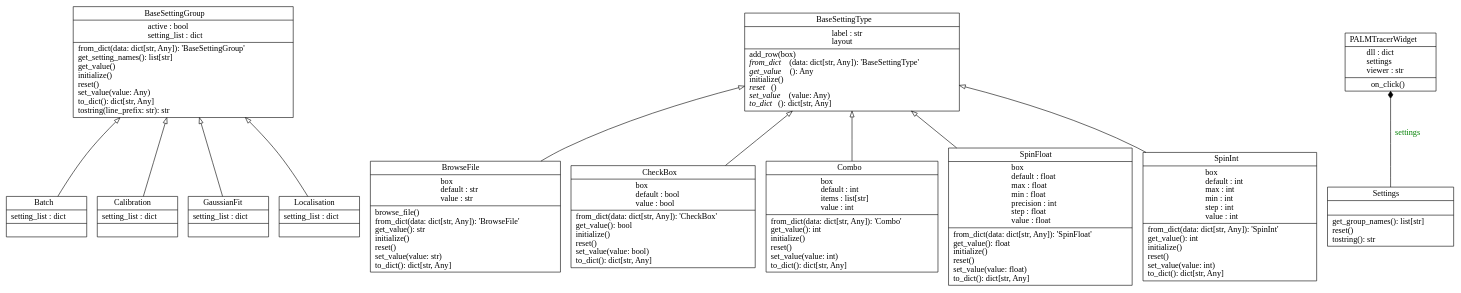
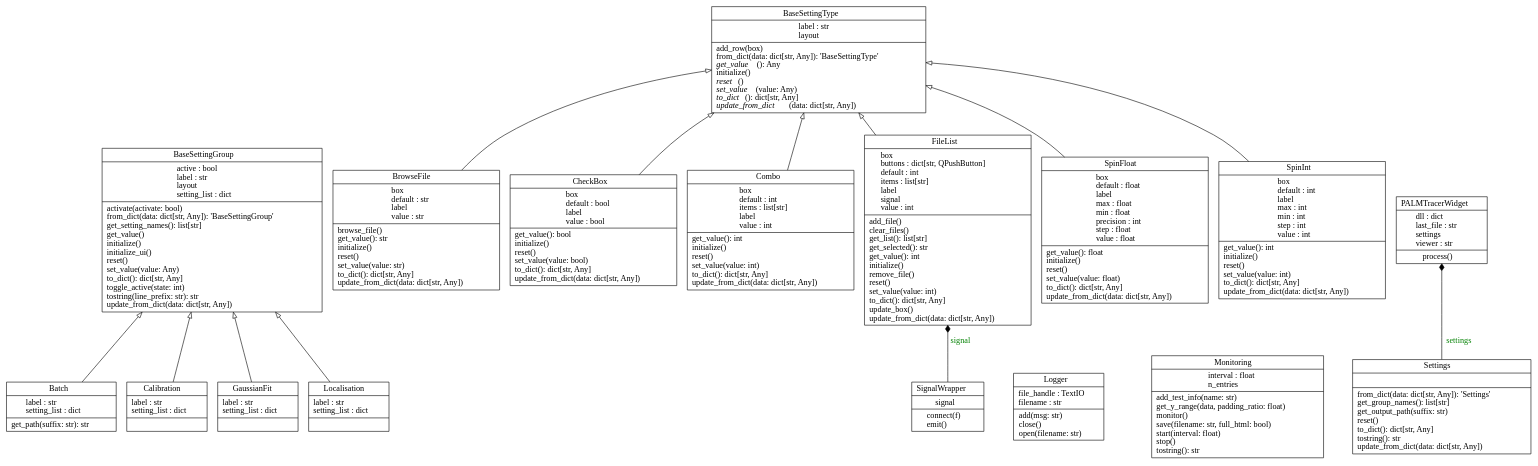
The diagram in docs/_static/graph/classes_palm_tracer.dot (tmonseigne/palm-tracer), drawn with Graphviz before and after one commit. The commit also changed 23 other files, not shown here.

```diff
--- a/docs/_static/graph/classes_palm_tracer.dot
+++ b/docs/_static/graph/classes_palm_tracer.dot
@@ -1,27 +1,33 @@
 digraph "classes_palm_tracer" {
 rankdir=BT
 charset="utf-8"
-"palm_tracer.Settings.Groups.BaseSettingGroup.BaseSettingGroup" [color="black", fontcolor="black", label=<{BaseSettingGroup|active : bool<br ALIGN="LEFT"/>setting_list : dict<br ALIGN="LEFT"/>|from_dict(data: dict[str, Any]): 'BaseSettingGroup'<br ALIGN="LEFT"/>get_setting_names(): list[str]<br ALIGN="LEFT"/>get_value()<br ALIGN="LEFT"/>initialize()<br ALIGN="LEFT"/>reset()<br ALIGN="LEFT"/>set_value(value: Any)<br ALIGN="LEFT"/>to_dict(): dict[str, Any]<br ALIGN="LEFT"/>tostring(line_prefix: str): str<br ALIGN="LEFT"/>}>, shape="record", style="solid"];
-"palm_tracer.Settings.Groups.Batch.Batch" [color="black", fontcolor="black", label=<{Batch|setting_list : dict<br ALIGN="LEFT"/>|}>, shape="record", style="solid"];
-"palm_tracer.Settings.Groups.Calibration.Calibration" [color="black", fontcolor="black", label=<{Calibration|setting_list : dict<br ALIGN="LEFT"/>|}>, shape="record", style="solid"];
-"palm_tracer.Settings.Groups.GaussianFit.GaussianFit" [color="black", fontcolor="black", label=<{GaussianFit|setting_list : dict<br ALIGN="LEFT"/>|}>, shape="record", style="solid"];
-"palm_tracer.Settings.Groups.Localisation.Localisation" [color="black", fontcolor="black", label=<{Localisation|setting_list : dict<br ALIGN="LEFT"/>|}>, shape="record", style="solid"];
+"palm_tracer.Settings.Groups.BaseSettingGroup.BaseSettingGroup" [color="black", fontcolor="black", label=<{BaseSettingGroup|active : bool<br ALIGN="LEFT"/>label : str<br ALIGN="LEFT"/>layout<br ALIGN="LEFT"/>setting_list : dict<br ALIGN="LEFT"/>|activate(activate: bool)<br ALIGN="LEFT"/>from_dict(data: dict[str, Any]): 'BaseSettingGroup'<br ALIGN="LEFT"/>get_setting_names(): list[str]<br ALIGN="LEFT"/>get_value()<br ALIGN="LEFT"/>initialize()<br ALIGN="LEFT"/>initialize_ui()<br ALIGN="LEFT"/>reset()<br ALIGN="LEFT"/>set_value(value: Any)<br ALIGN="LEFT"/>to_dict(): dict[str, Any]<br ALIGN="LEFT"/>toggle_active(state: int)<br ALIGN="LEFT"/>tostring(line_prefix: str): str<br ALIGN="LEFT"/>update_from_dict(data: dict[str, Any])<br ALIGN="LEFT"/>}>, shape="record", style="solid"];
+"palm_tracer.Settings.Types.BaseSettingType.BaseSettingType" [color="black", fontcolor="black", label=<{BaseSettingType|label : str<br ALIGN="LEFT"/>layout<br ALIGN="LEFT"/>|add_row(box)<br ALIGN="LEFT"/>from_dict(data: dict[str, Any]): 'BaseSettingType'<br ALIGN="LEFT"/><I>get_value</I>(): Any<br ALIGN="LEFT"/>initialize()<br ALIGN="LEFT"/><I>reset</I>()<br ALIGN="LEFT"/><I>set_value</I>(value: Any)<br ALIGN="LEFT"/><I>to_dict</I>(): dict[str, Any]<br ALIGN="LEFT"/><I>update_from_dict</I>(data: dict[str, Any])<br ALIGN="LEFT"/>}>, shape="record", style="solid"];
+"palm_tracer.Settings.Groups.Batch.Batch" [color="black", fontcolor="black", label=<{Batch|label : str<br ALIGN="LEFT"/>setting_list : dict<br ALIGN="LEFT"/>|get_path(suffix: str): str<br ALIGN="LEFT"/>}>, shape="record", style="solid"];
+"palm_tracer.Settings.Types.BrowseFile.BrowseFile" [color="black", fontcolor="black", label=<{BrowseFile|box<br ALIGN="LEFT"/>default : str<br ALIGN="LEFT"/>label<br ALIGN="LEFT"/>value : str<br ALIGN="LEFT"/>|browse_file()<br ALIGN="LEFT"/>get_value(): str<br ALIGN="LEFT"/>initialize()<br ALIGN="LEFT"/>reset()<br ALIGN="LEFT"/>set_value(value: str)<br ALIGN="LEFT"/>to_dict(): dict[str, Any]<br ALIGN="LEFT"/>update_from_dict(data: dict[str, Any])<br ALIGN="LEFT"/>}>, shape="record", style="solid"];
+"palm_tracer.Settings.Groups.Calibration.Calibration" [color="black", fontcolor="black", label=<{Calibration|label : str<br ALIGN="LEFT"/>setting_list : dict<br ALIGN="LEFT"/>|}>, shape="record", style="solid"];
+"palm_tracer.Settings.Types.CheckBox.CheckBox" [color="black", fontcolor="black", label=<{CheckBox|box<br ALIGN="LEFT"/>default : bool<br ALIGN="LEFT"/>label<br ALIGN="LEFT"/>value : bool<br ALIGN="LEFT"/>|get_value(): bool<br ALIGN="LEFT"/>initialize()<br ALIGN="LEFT"/>reset()<br ALIGN="LEFT"/>set_value(value: bool)<br ALIGN="LEFT"/>to_dict(): dict[str, Any]<br ALIGN="LEFT"/>update_from_dict(data: dict[str, Any])<br ALIGN="LEFT"/>}>, shape="record", style="solid"];
+"palm_tracer.Settings.Types.Combo.Combo" [color="black", fontcolor="black", label=<{Combo|box<br ALIGN="LEFT"/>default : int<br ALIGN="LEFT"/>items : list[str]<br ALIGN="LEFT"/>label<br ALIGN="LEFT"/>value : int<br ALIGN="LEFT"/>|get_value(): int<br ALIGN="LEFT"/>initialize()<br ALIGN="LEFT"/>reset()<br ALIGN="LEFT"/>set_value(value: int)<br ALIGN="LEFT"/>to_dict(): dict[str, Any]<br ALIGN="LEFT"/>update_from_dict(data: dict[str, Any])<br ALIGN="LEFT"/>}>, shape="record", style="solid"];
+"palm_tracer.Settings.Types.FileList.FileList" [color="black", fontcolor="black", label=<{FileList|box<br ALIGN="LEFT"/>buttons : dict[str, QPushButton]<br ALIGN="LEFT"/>default : int<br ALIGN="LEFT"/>items : list[str]<br ALIGN="LEFT"/>label<br ALIGN="LEFT"/>signal<br ALIGN="LEFT"/>value : int<br ALIGN="LEFT"/>|add_file()<br ALIGN="LEFT"/>clear_files()<br ALIGN="LEFT"/>get_list(): list[str]<br ALIGN="LEFT"/>get_selected(): str<br ALIGN="LEFT"/>get_value(): int<br ALIGN="LEFT"/>initialize()<br ALIGN="LEFT"/>remove_file()<br ALIGN="LEFT"/>reset()<br ALIGN="LEFT"/>set_value(value: int)<br ALIGN="LEFT"/>to_dict(): dict[str, Any]<br ALIGN="LEFT"/>update_box()<br ALIGN="LEFT"/>update_from_dict(data: dict[str, Any])<br ALIGN="LEFT"/>}>, shape="record", style="solid"];
+"palm_tracer.Settings.Groups.GaussianFit.GaussianFit" [color="black", fontcolor="black", label=<{GaussianFit|label : str<br ALIGN="LEFT"/>setting_list : dict<br ALIGN="LEFT"/>|}>, shape="record", style="solid"];
+"palm_tracer.Settings.Groups.Localisation.Localisation" [color="black", fontcolor="black", label=<{Localisation|label : str<br ALIGN="LEFT"/>setting_list : dict<br ALIGN="LEFT"/>|}>, shape="record", style="solid"];
+"palm_tracer.Tools.Logger.Logger" [color="black", fontcolor="black", label=<{Logger|file_handle : TextIO<br ALIGN="LEFT"/>filename : str<br ALIGN="LEFT"/>|add(msg: str)<br ALIGN="LEFT"/>close()<br ALIGN="LEFT"/>open(filename: str)<br ALIGN="LEFT"/>}>, shape="record", style="solid"];
+"palm_tracer.Tools.Monitoring.Monitoring" [color="black", fontcolor="black", label=<{Monitoring|interval : float<br ALIGN="LEFT"/>n_entries<br ALIGN="LEFT"/>|add_test_info(name: str)<br ALIGN="LEFT"/>get_y_range(data, padding_ratio: float)<br ALIGN="LEFT"/>monitor()<br ALIGN="LEFT"/>save(filename: str, full_html: bool)<br ALIGN="LEFT"/>start(interval: float)<br ALIGN="LEFT"/>stop()<br ALIGN="LEFT"/>tostring(): str<br ALIGN="LEFT"/>}>, shape="record", style="solid"];
+"palm_tracer.PALMTracerWidget.PALMTracerWidget" [color="black", fontcolor="black", label=<{PALMTracerWidget|dll : dict<br ALIGN="LEFT"/>last_file : str<br ALIGN="LEFT"/>settings<br ALIGN="LEFT"/>viewer : str<br ALIGN="LEFT"/>|process()<br ALIGN="LEFT"/>}>, shape="record", style="solid"];
+"palm_tracer.Settings.Settings.Settings" [color="black", fontcolor="black", label=<{Settings|<br ALIGN="LEFT"/>|from_dict(data: dict[str, Any]): 'Settings'<br ALIGN="LEFT"/>get_group_names(): list[str]<br ALIGN="LEFT"/>get_output_path(suffix: str)<br ALIGN="LEFT"/>reset()<br ALIGN="LEFT"/>to_dict(): dict[str, Any]<br ALIGN="LEFT"/>tostring(): str<br ALIGN="LEFT"/>update_from_dict(data: dict[str, Any])<br ALIGN="LEFT"/>}>, shape="record", style="solid"];
+"palm_tracer.Settings.Types.FileList.SignalWrapper" [color="black", fontcolor="black", label=<{SignalWrapper|signal<br ALIGN="LEFT"/>|connect(f)<br ALIGN="LEFT"/>emit()<br ALIGN="LEFT"/>}>, shape="record", style="solid"];
+"palm_tracer.Settings.Types.SpinFloat.SpinFloat" [color="black", fontcolor="black", label=<{SpinFloat|box<br ALIGN="LEFT"/>default : float<br ALIGN="LEFT"/>label<br ALIGN="LEFT"/>max : float<br ALIGN="LEFT"/>min : float<br ALIGN="LEFT"/>precision : int<br ALIGN="LEFT"/>step : float<br ALIGN="LEFT"/>value : float<br ALIGN="LEFT"/>|get_value(): float<br ALIGN="LEFT"/>initialize()<br ALIGN="LEFT"/>reset()<br ALIGN="LEFT"/>set_value(value: float)<br ALIGN="LEFT"/>to_dict(): dict[str, Any]<br ALIGN="LEFT"/>update_from_dict(data: dict[str, Any])<br ALIGN="LEFT"/>}>, shape="record", style="solid"];
+"palm_tracer.Settings.Types.SpinInt.SpinInt" [color="black", fontcolor="black", label=<{SpinInt|box<br ALIGN="LEFT"/>default : int<br ALIGN="LEFT"/>label<br ALIGN="LEFT"/>max : int<br ALIGN="LEFT"/>min : int<br ALIGN="LEFT"/>step : int<br ALIGN="LEFT"/>value : int<br ALIGN="LEFT"/>|get_value(): int<br ALIGN="LEFT"/>initialize()<br ALIGN="LEFT"/>reset()<br ALIGN="LEFT"/>set_value(value: int)<br ALIGN="LEFT"/>to_dict(): dict[str, Any]<br ALIGN="LEFT"/>update_from_dict(data: dict[str, Any])<br ALIGN="LEFT"/>}>, shape="record", style="solid"];
 "palm_tracer.Settings.Groups.Batch.Batch" -> "palm_tracer.Settings.Groups.BaseSettingGroup.BaseSettingGroup" [arrowhead="empty", arrowtail="none"];
 "palm_tracer.Settings.Groups.Calibration.Calibration" -> "palm_tracer.Settings.Groups.BaseSettingGroup.BaseSettingGroup" [arrowhead="empty", arrowtail="none"];
 "palm_tracer.Settings.Groups.GaussianFit.GaussianFit" -> "palm_tracer.Settings.Groups.BaseSettingGroup.BaseSettingGroup" [arrowhead="empty", arrowtail="none"];
 "palm_tracer.Settings.Groups.Localisation.Localisation" -> "palm_tracer.Settings.Groups.BaseSettingGroup.BaseSettingGroup" [arrowhead="empty", arrowtail="none"];
-"palm_tracer.Settings.Types.BaseSettingType.BaseSettingType" [color="black", fontcolor="black", label=<{BaseSettingType|label : str<br ALIGN="LEFT"/>layout<br ALIGN="LEFT"/>|add_row(box)<br ALIGN="LEFT"/><I>from_dict</I>(data: dict[str, Any]): 'BaseSettingType'<br ALIGN="LEFT"/><I>get_value</I>(): Any<br ALIGN="LEFT"/>initialize()<br ALIGN="LEFT"/><I>reset</I>()<br ALIGN="LEFT"/><I>set_value</I>(value: Any)<br ALIGN="LEFT"/><I>to_dict</I>(): dict[str, Any]<br ALIGN="LEFT"/>}>, shape="record", style="solid"];
-"palm_tracer.Settings.Types.BrowseFile.BrowseFile" [color="black", fontcolor="black", label=<{BrowseFile|box<br ALIGN="LEFT"/>default : str<br ALIGN="LEFT"/>value : str<br ALIGN="LEFT"/>|browse_file()<br ALIGN="LEFT"/>from_dict(data: dict[str, Any]): 'BrowseFile'<br ALIGN="LEFT"/>get_value(): str<br ALIGN="LEFT"/>initialize()<br ALIGN="LEFT"/>reset()<br ALIGN="LEFT"/>set_value(value: str)<br ALIGN="LEFT"/>to_dict(): dict[str, Any]<br ALIGN="LEFT"/>}>, shape="record", style="solid"];
-"palm_tracer.Settings.Types.CheckBox.CheckBox" [color="black", fontcolor="black", label=<{CheckBox|box<br ALIGN="LEFT"/>default : bool<br ALIGN="LEFT"/>value : bool<br ALIGN="LEFT"/>|from_dict(data: dict[str, Any]): 'CheckBox'<br ALIGN="LEFT"/>get_value(): bool<br ALIGN="LEFT"/>initialize()<br ALIGN="LEFT"/>reset()<br ALIGN="LEFT"/>set_value(value: bool)<br ALIGN="LEFT"/>to_dict(): dict[str, Any]<br ALIGN="LEFT"/>}>, shape="record", style="solid"];
-"palm_tracer.Settings.Types.Combo.Combo" [color="black", fontcolor="black", label=<{Combo|box<br ALIGN="LEFT"/>default : int<br ALIGN="LEFT"/>items : list[str]<br ALIGN="LEFT"/>value : int<br ALIGN="LEFT"/>|from_dict(data: dict[str, Any]): 'Combo'<br ALIGN="LEFT"/>get_value(): int<br ALIGN="LEFT"/>initialize()<br ALIGN="LEFT"/>reset()<br ALIGN="LEFT"/>set_value(value: int)<br ALIGN="LEFT"/>to_dict(): dict[str, Any]<br ALIGN="LEFT"/>}>, shape="record", style="solid"];
-"palm_tracer.Settings.Types.SpinFloat.SpinFloat" [color="black", fontcolor="black", label=<{SpinFloat|box<br ALIGN="LEFT"/>default : float<br ALIGN="LEFT"/>max : float<br ALIGN="LEFT"/>min : float<br ALIGN="LEFT"/>precision : int<br ALIGN="LEFT"/>step : float<br ALIGN="LEFT"/>value : float<br ALIGN="LEFT"/>|from_dict(data: dict[str, Any]): 'SpinFloat'<br ALIGN="LEFT"/>get_value(): float<br ALIGN="LEFT"/>initialize()<br ALIGN="LEFT"/>reset()<br ALIGN="LEFT"/>set_value(value: float)<br ALIGN="LEFT"/>to_dict(): dict[str, Any]<br ALIGN="LEFT"/>}>, shape="record", style="solid"];
-"palm_tracer.Settings.Types.SpinInt.SpinInt" [color="black", fontcolor="black", label=<{SpinInt|box<br ALIGN="LEFT"/>default : int<br ALIGN="LEFT"/>max : int<br ALIGN="LEFT"/>min : int<br ALIGN="LEFT"/>step : int<br ALIGN="LEFT"/>value : int<br ALIGN="LEFT"/>|from_dict(data: dict[str, Any]): 'SpinInt'<br ALIGN="LEFT"/>get_value(): int<br ALIGN="LEFT"/>initialize()<br ALIGN="LEFT"/>reset()<br ALIGN="LEFT"/>set_value(value: int)<br ALIGN="LEFT"/>to_dict(): dict[str, Any]<br ALIGN="LEFT"/>}>, shape="record", style="solid"];
 "palm_tracer.Settings.Types.BrowseFile.BrowseFile" -> "palm_tracer.Settings.Types.BaseSettingType.BaseSettingType" [arrowhead="empty", arrowtail="none"];
 "palm_tracer.Settings.Types.CheckBox.CheckBox" -> "palm_tracer.Settings.Types.BaseSettingType.BaseSettingType" [arrowhead="empty", arrowtail="none"];
 "palm_tracer.Settings.Types.Combo.Combo" -> "palm_tracer.Settings.Types.BaseSettingType.BaseSettingType" [arrowhead="empty", arrowtail="none"];
+"palm_tracer.Settings.Types.FileList.FileList" -> "palm_tracer.Settings.Types.BaseSettingType.BaseSettingType" [arrowhead="empty", arrowtail="none"];
 "palm_tracer.Settings.Types.SpinFloat.SpinFloat" -> "palm_tracer.Settings.Types.BaseSettingType.BaseSettingType" [arrowhead="empty", arrowtail="none"];
 "palm_tracer.Settings.Types.SpinInt.SpinInt" -> "palm_tracer.Settings.Types.BaseSettingType.BaseSettingType" [arrowhead="empty", arrowtail="none"];
-"palm_tracer.widget.PALMTracerWidget" [color="black", fontcolor="black", label=<{PALMTracerWidget|dll : dict<br ALIGN="LEFT"/>settings<br ALIGN="LEFT"/>viewer : str<br ALIGN="LEFT"/>|on_click()<br ALIGN="LEFT"/>}>, shape="record", style="solid"];
-"palm_tracer.Settings.Settings.Settings" [color="black", fontcolor="black", label=<{Settings|<br ALIGN="LEFT"/>|get_group_names(): list[str]<br ALIGN="LEFT"/>reset()<br ALIGN="LEFT"/>tostring(): str<br ALIGN="LEFT"/>}>, shape="record", style="solid"];
-"palm_tracer.Settings.Settings.Settings" -> "palm_tracer.widget.PALMTracerWidget" [arrowhead="diamond", arrowtail="none", fontcolor="green", label="settings", style="solid"];
+"palm_tracer.Settings.Settings.Settings" -> "palm_tracer.PALMTracerWidget.PALMTracerWidget" [arrowhead="diamond", arrowtail="none", fontcolor="green", label="settings", style="solid"];
+"palm_tracer.Settings.Types.FileList.SignalWrapper" -> "palm_tracer.Settings.Types.FileList.FileList" [arrowhead="diamond", arrowtail="none", fontcolor="green", label="signal", style="solid"];
 }
```
